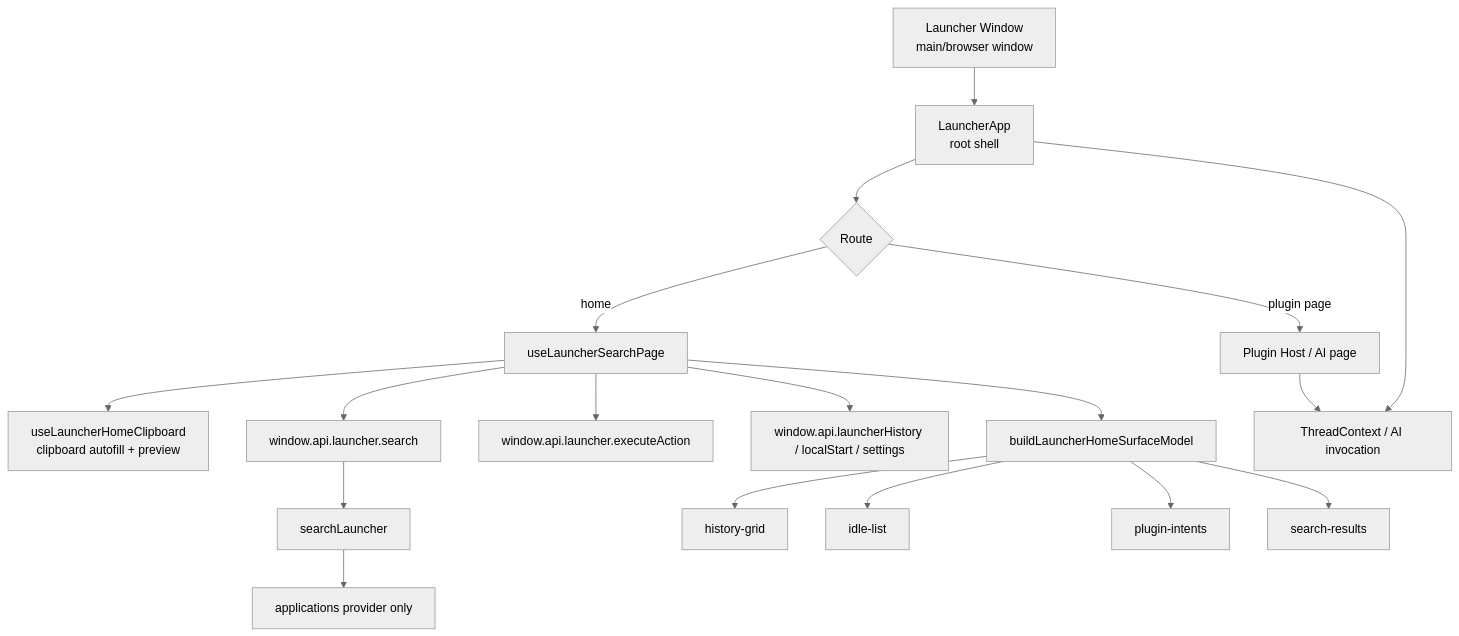
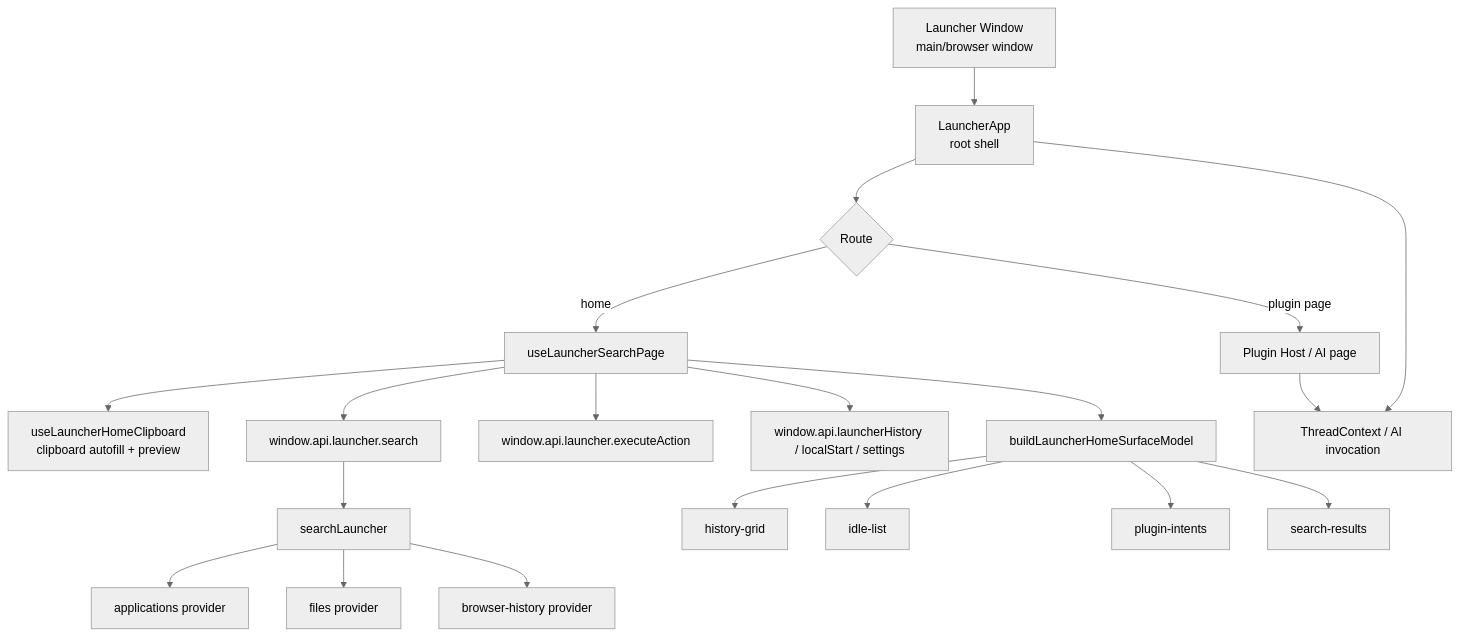
Before and after one commit to JunJD/Jingle: the first of 2 diagrams in docs/launcher-current-state.md, drawn with Mermaid (neutral theme). The commit also changed other lines of this file and 7 other files, not shown here.

````diff
--- a/docs/launcher-current-state.md
+++ b/docs/launcher-current-state.md
@@ -27,24 +29,26 @@
 ```mermaid
 flowchart TD
   A[Launcher Window<br/>main/browser window] --> B[LauncherApp<br/>root shell]
   B --> C{Route}
   C -->|home| D[useLauncherSearchPage]
   C -->|plugin page| E[Plugin Host / AI page]
 
   D --> F[useLauncherHomeClipboard<br/>clipboard autofill + preview]
   D --> G[window.api.launcher.search]
   D --> H[window.api.launcher.executeAction]
   D --> I[window.api.launcherHistory / localStart / settings]
 
   G --> J[searchLauncher]
-  J --> K[applications provider only]
+  J --> K[applications provider]
+  J --> Lb[files provider]
+  J --> Mc[browser-history provider]
 
   D --> L[buildLauncherHomeSurfaceModel]
   L --> M[history-grid]
   L --> N[idle-list]
   L --> O[plugin-intents]
   L --> P[search-results]
 
   B --> Q[ThreadContext / AI invocation]
   E --> Q
 ```
````
